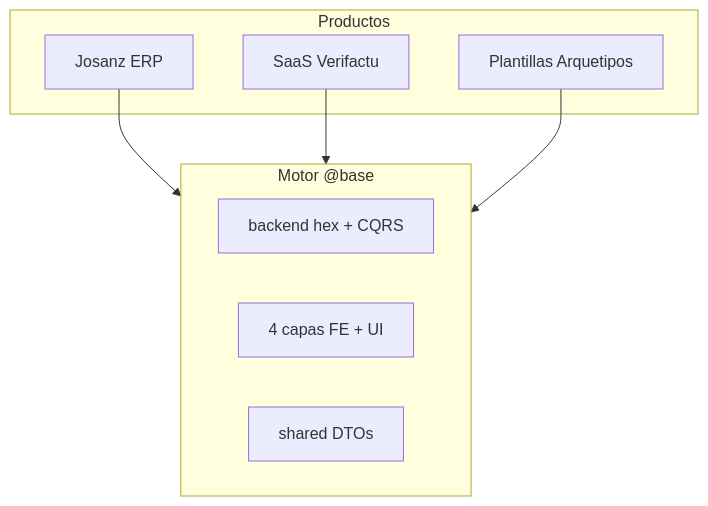
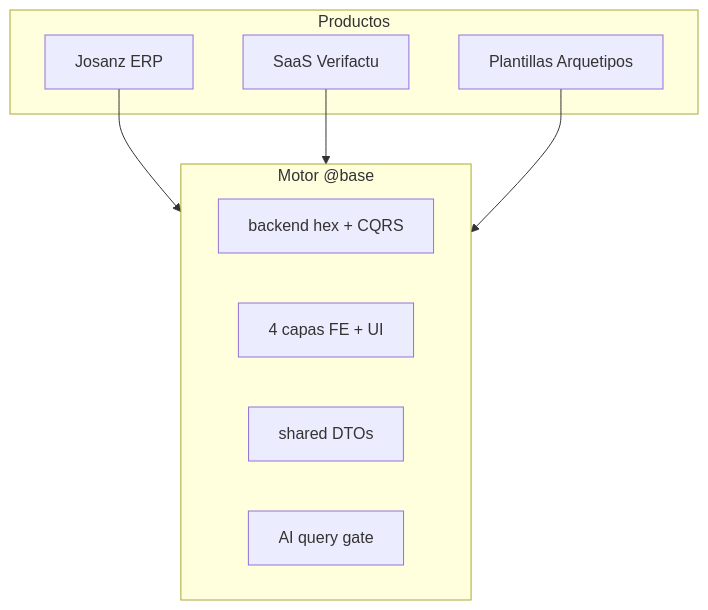
One commit to angelnietos/babooni-docs changed the first of 4 diagrams in architecture/overview.md. Above: the diagram before and after it, drawn with Mermaid. The commit also changed other lines of this file and 20 other files, not shown here.

````diff
--- a/architecture/overview.md
+++ b/architecture/overview.md
@@ -21,16 +33,17 @@
 ```mermaid
 flowchart TB
   subgraph engine ["Motor @base"]
     BE["backend hex + CQRS"]
     FE["4 capas FE + UI"]
     SH["shared DTOs"]
+    AI["AI query gate"]
   end
   subgraph products ["Productos"]
     J["Josanz ERP"]
     S["SaaS Verifactu"]
     T["Plantillas Arquetipos"]
   end
   J --> engine
   S --> engine
   T --> engine
 ```
````
